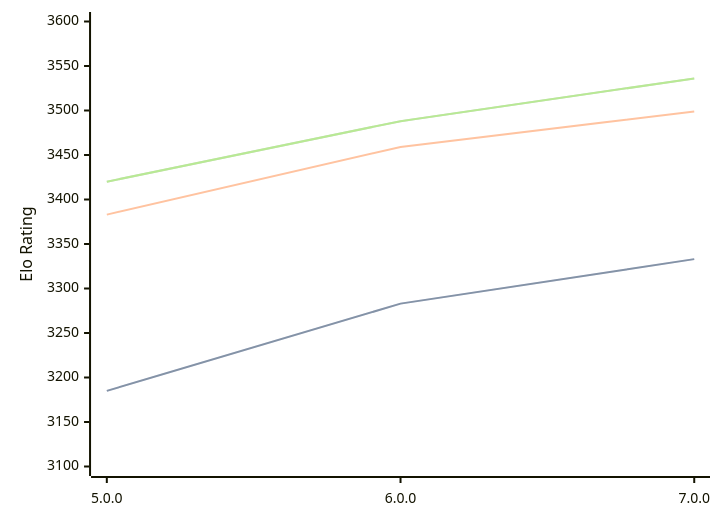
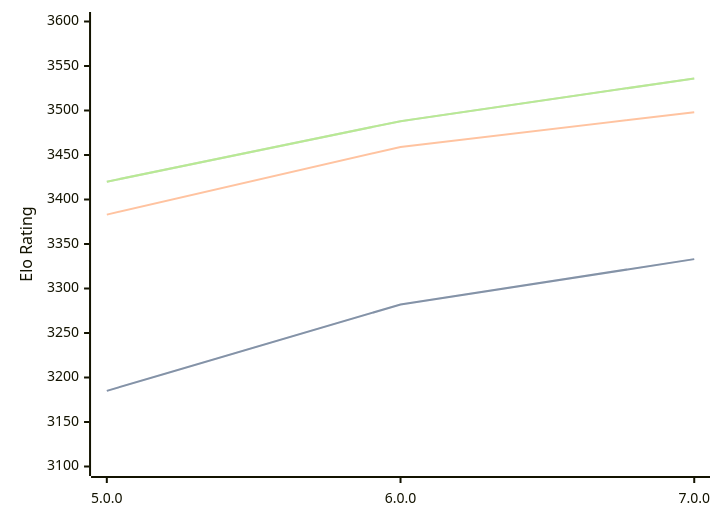
The diagram in engines/Stormphrax.md (computer-chess-index/cci), drawn with Mermaid before and after one commit. The commit also changed other lines of this file, not shown here.

````diff
--- a/engines/Stormphrax.md
+++ b/engines/Stormphrax.md
@@ -38,11 +38,11 @@
 ```mermaid
 %%{init: {"theme":"base","themeVariables":{"seriesColors:['#a3a3a3','#222221','#faa371']}}}%%
 xychart-beta
   x-axis ["5.0.0", "6.0.0", "7.0.0"]
   y-axis "Elo Rating" 3100 --> 3600
-  line "STC (8.0+0.08s)" [3185, 3283, 3333]
-  line "STC (8.0+0.08s)" [3185, 3283, 3333]
-  line "LTC (60.0+0.60s)" [3383, 3459, 3499]
+  line "STC (8.0+0.08s)" [3185, 3282, 3333]
+  line "STC (8.0+0.08s)" [3185, 3282, 3333]
+  line "LTC (60.0+0.60s)" [3383, 3459, 3498]
   line "VLTC (2m24s+1.12s)" [3420, 3488, 3536]
   line "VLTC (2m24s+1.12s)" [3420, 3488, 3536]
 ```
````
